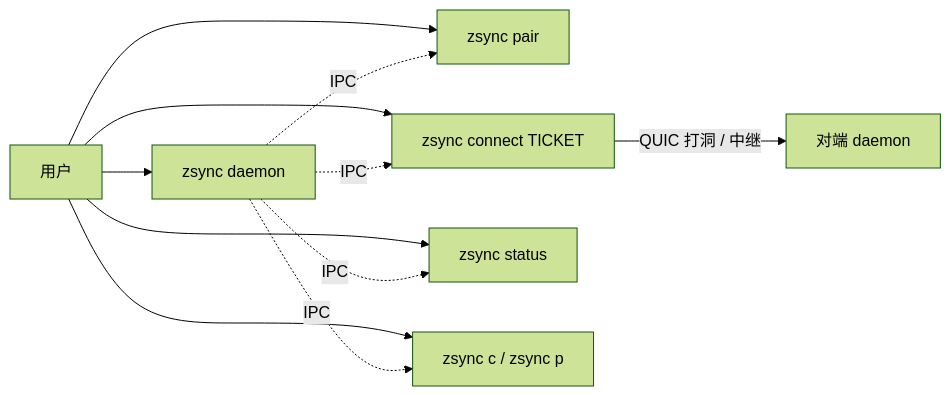
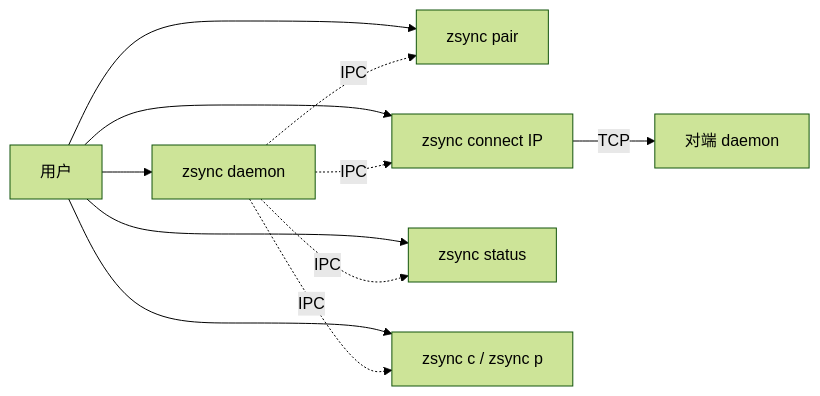
One commit to ikey4u/zsync changed the first of 10 diagrams in docs/design/ARCH.md. Above: the diagram before and after it, drawn with Mermaid (forest theme). The commit also changed other lines of this file and 21 other files, not shown here.

````diff
--- a/docs/design/ARCH.md
+++ b/docs/design/ARCH.md
@@ -37,13 +37,13 @@
 ```mermaid
 flowchart LR
   U[用户] --> D["zsync daemon"]
   U --> P["zsync pair"]
-  U --> C["zsync connect TICKET"]
+  U --> C["zsync connect IP"]
   U --> S["zsync status"]
   U --> K["zsync c / zsync p"]
   D -.IPC.-> P
   D -.IPC.-> C
   D -.IPC.-> S
   D -.IPC.-> K
-  C -->|"QUIC 打洞 / 中继"| Peer[对端 daemon]
+  C -->|"TCP"| Peer[对端 daemon]
 ```
````
